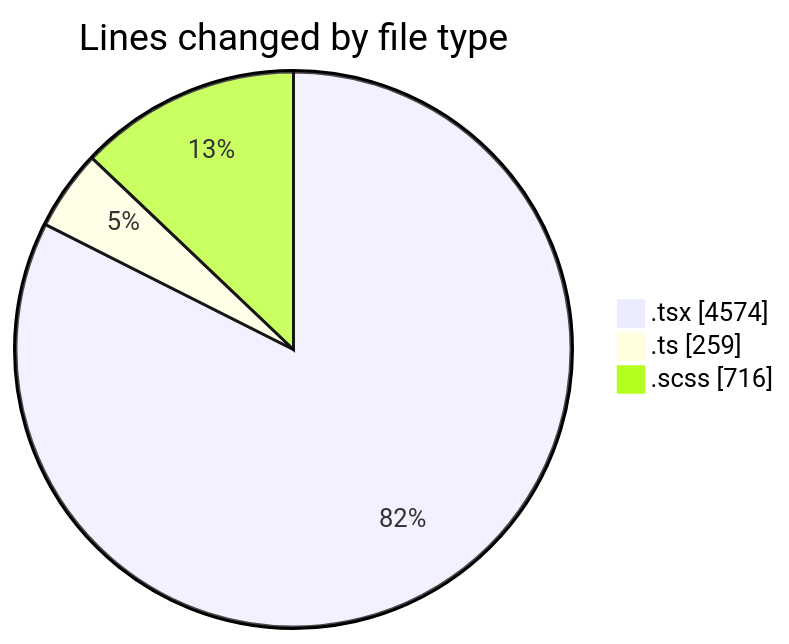
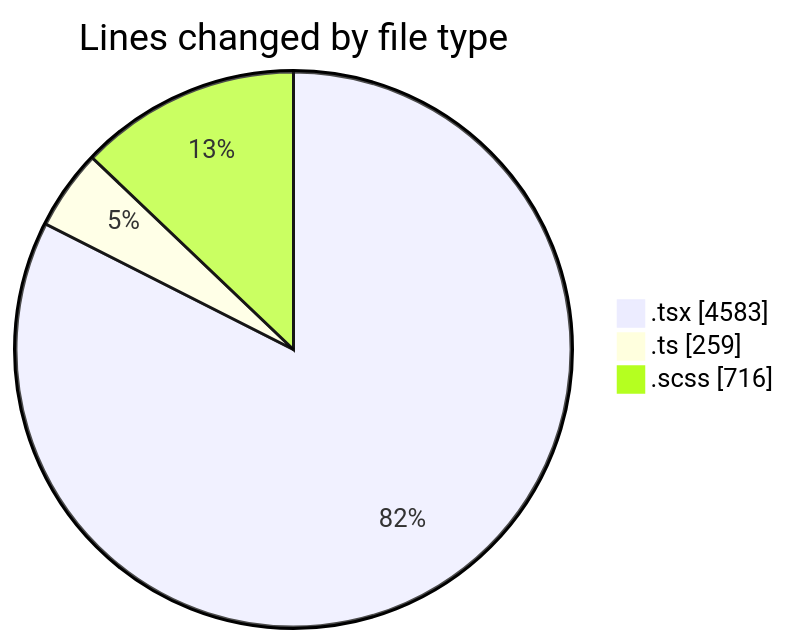
One commit to momahboobian/code-tracking changed the first of 2 diagrams in 2025-09-15/cda/README.md. Above: the diagram before and after it, drawn with Mermaid. The commit also changed other lines of this file and 1 other file, not shown here.

````diff
--- a/2025-09-15/cda/README.md
+++ b/2025-09-15/cda/README.md
@@ -26,7 +26,7 @@
 ```mermaid
 pie showData
 title Lines changed by file type
-".tsx" : 4574
+".tsx" : 4583
 ".ts" : 259
 ".scss" : 716
 ```
````
